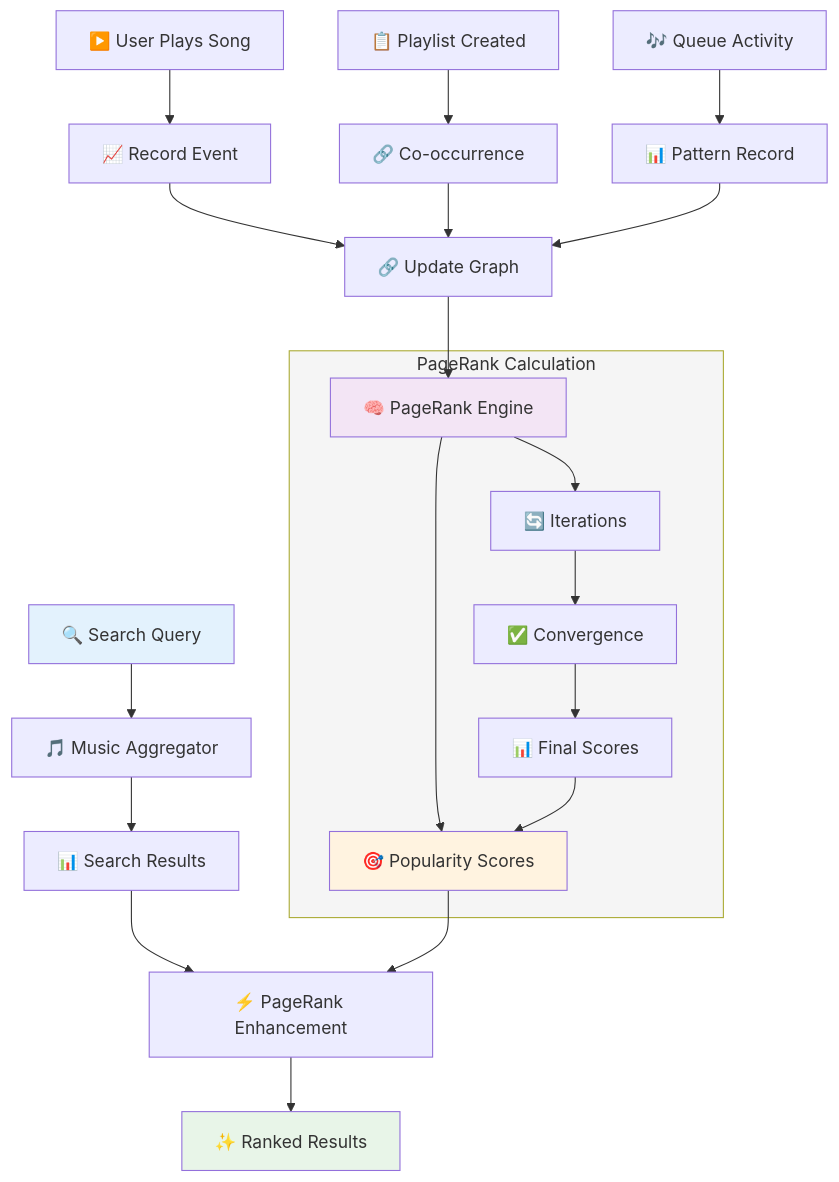
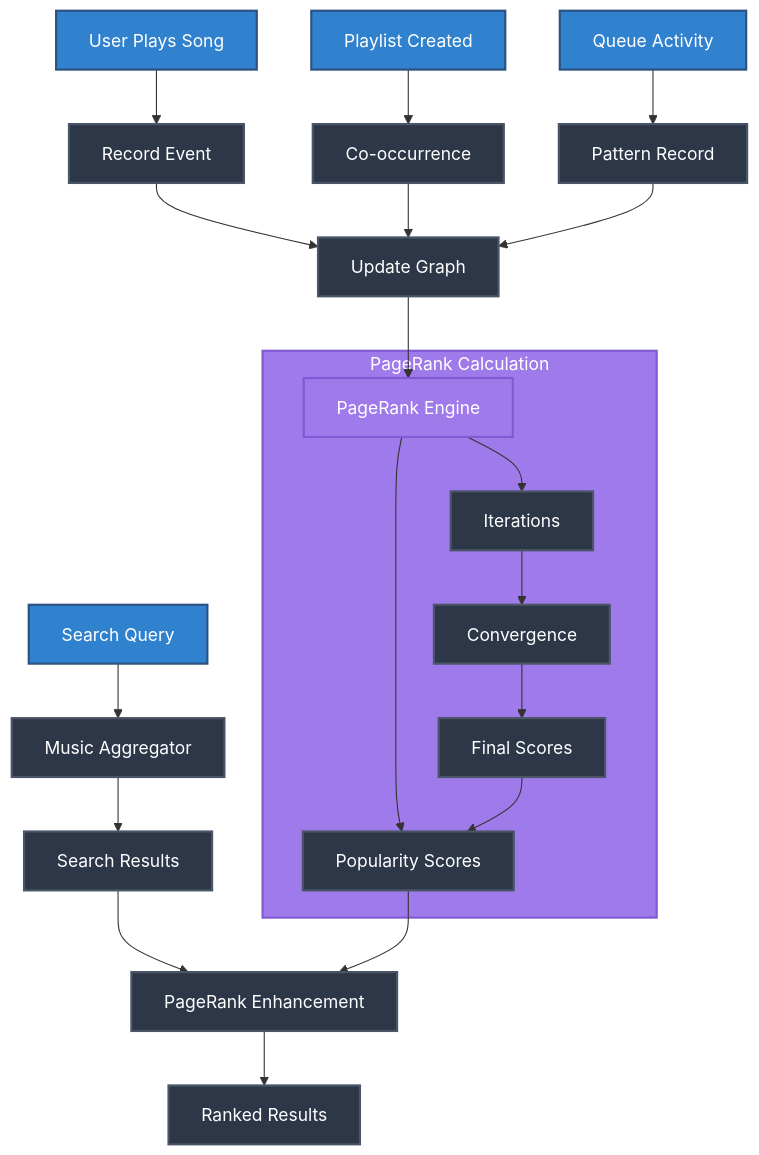
The first of 2 diagrams in README.md (Goge052215/goges-meme-bot), drawn with Mermaid before and after one commit. The commit also changed other lines of this file and 5 other files, not shown here.

````diff
--- a/README.md
+++ b/README.md
@@ -118,33 +118,35 @@
 ```mermaid
 graph TD
-    A[🔍 Search Query] --> B[🎵 Music Aggregator]
-    B --> C[📊 Search Results]
-    C --> D[⚡ PageRank Enhancement]
-    D --> E[✨ Ranked Results]
+    A["Search Query"] --> B["Music Aggregator"]
+    B --> C["Search Results"]
+    C --> D["PageRank Enhancement"]
+    D --> E["Ranked Results"]
     
-    F[▶️ User Plays Song] --> G[📈 Record Event]
-    G --> H[🔗 Update Graph]
+    F["User Plays Song"] --> G["Record Event"]
+    G --> H["Update Graph"]
     
-    I[📋 Playlist Created] --> J[🔗 Co-occurrence]
+    I["Playlist Created"] --> J["Co-occurrence"]
     J --> H
     
-    K[🎶 Queue Activity] --> L[📊 Pattern Record]
+    K["Queue Activity"] --> L["Pattern Record"]
     L --> H
     
-    H --> M[🧠 PageRank Engine]
-    M --> N[🎯 Popularity Scores]
+    H --> M["PageRank Engine"]
+    M --> N["Popularity Scores"]
     N --> D
     
-    subgraph PR [" PageRank Calculation "]
-        M --> P[🔄 Iterations]
-        P --> Q[✅ Convergence]
-        Q --> R[📊 Final Scores]
+    subgraph PR["PageRank Calculation"]
+        M --> P["Iterations"]
+        P --> Q["Convergence"]
+        Q --> R["Final Scores"]
         R --> N
     end
     
-    style A fill:#e3f2fd
-    style E fill:#e8f5e8
-    style M fill:#f3e5f5
-    style N fill:#fff3e0
-    style PR fill:#f5f5f5
+    classDef default fill:#2d3748,stroke:#4a5568,stroke-width:2px,color:#ffffff
+    classDef highlight fill:#3182ce,stroke:#2c5282,stroke-width:2px,color:#ffffff
+    classDef engine fill:#9f7aea,stroke:#805ad5,stroke-width:2px,color:#ffffff
+    
+    class A,F,I,K highlight
+    class M,PR engine
+    class E fill:#38a169,stroke:#2f855a,stroke-width:2px,color:#ffffff
 ```
````
